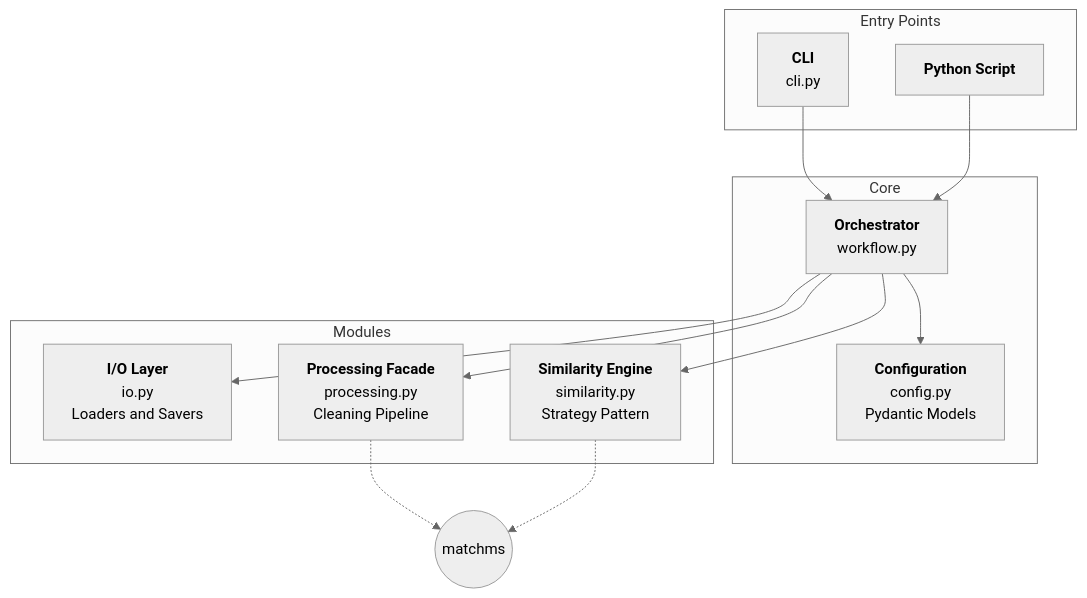
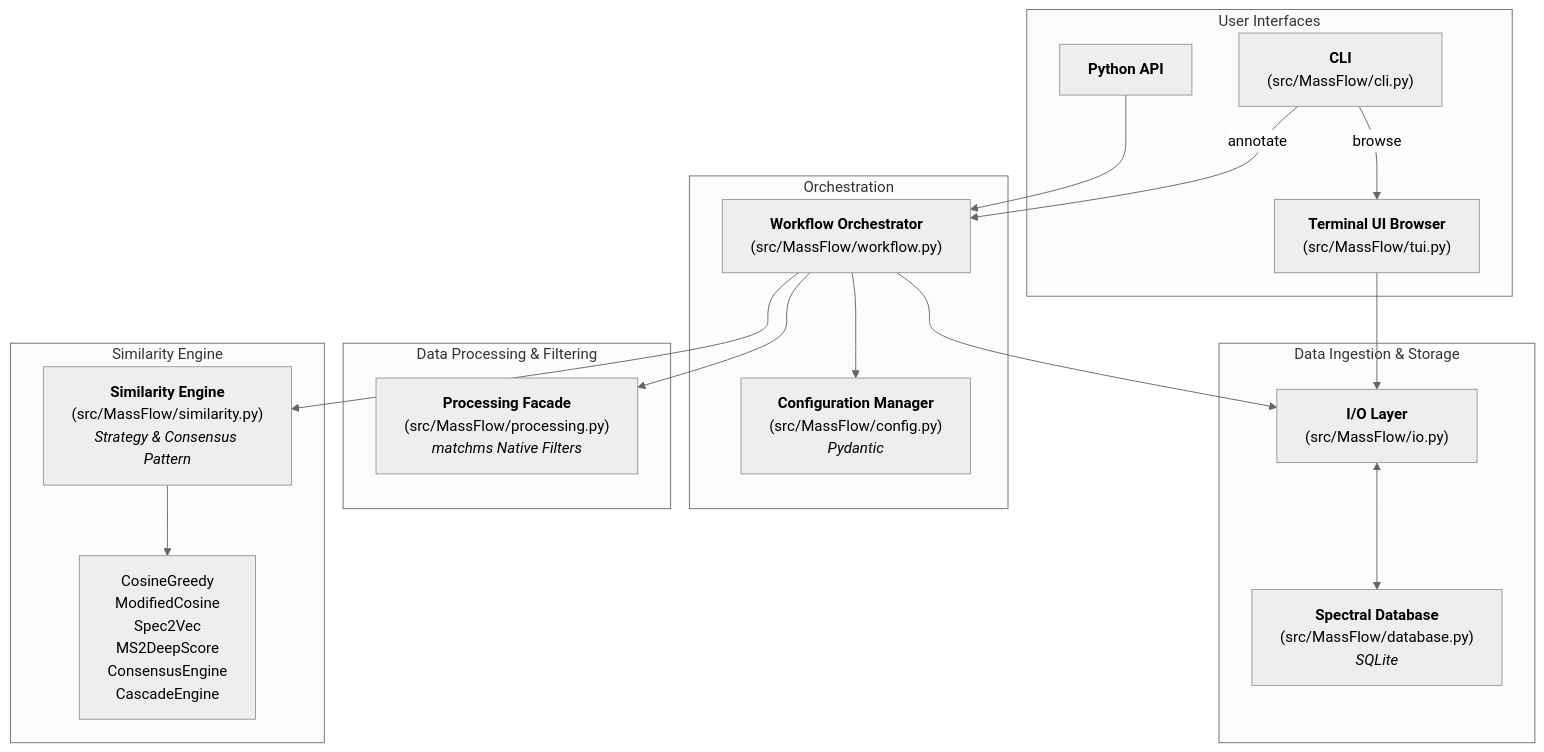
The diagram in diagrams/massflow_diagram.mmd (janusson/MassFlow), drawn with Mermaid (neutral theme) before and after one commit. The commit also changed 14 other files, not shown here.

Commit message:
Remove old debugging tools, diagrams, documentation. Testing suite update.

```diff
--- a/diagrams/massflow_diagram.mmd
+++ b/diagrams/massflow_diagram.mmd
@@ -1,29 +1,40 @@
 graph TD
-    subgraph Entry Points
-        CLI["<b>CLI</b><br>cli.py"]
-        Script["<b>Python Script</b>"]
+    subgraph User Interfaces
+        CLI["<b>CLI</b><br>(src/MassFlow/cli.py)"]
+        API["<b>Python API</b>"]
+        TUI["<b>Terminal UI Browser</b><br>(src/MassFlow/tui.py)"]
     end
 
-    subgraph Core
-        Config["<b>Configuration</b><br>config.py<br>Pydantic Models"]
-        Workflow["<b>Orchestrator</b><br>workflow.py"]
+    subgraph Orchestration
+        Workflow["<b>Workflow Orchestrator</b><br>(src/MassFlow/workflow.py)"]
+        Config["<b>Configuration Manager</b><br>(src/MassFlow/config.py)<br><i>Pydantic</i>"]
     end
 
-    subgraph Modules
-        IO["<b>I/O Layer</b><br>io.py<br>Loaders and Savers"]
-        Process["<b>Processing Facade</b><br>processing.py<br>Cleaning Pipeline"]
-        Sim["<b>Similarity Engine</b><br>similarity.py<br>Strategy Pattern"]
+    subgraph Data Ingestion & Storage
+        IO["<b>I/O Layer</b><br>(src/MassFlow/io.py)"]
+        DB["<b>Spectral Database</b><br>(src/MassFlow/database.py)<br><i>SQLite</i>"]
+    end
+
+    subgraph Data Processing & Filtering
+        Process["<b>Processing Facade</b><br>(src/MassFlow/processing.py)<br><i>matchms Native Filters</i>"]
+    end
+
+    subgraph Similarity Engine
+        Sim["<b>Similarity Engine</b><br>(src/MassFlow/similarity.py)<br><i>Strategy & Consensus Pattern</i>"]
+        Algorithms["CosineGreedy<br>ModifiedCosine<br>Spec2Vec<br>MS2DeepScore<br>ConsensusEngine<br>CascadeEngine"]
     end
 
     %% Flow Connections
-    CLI --> Workflow
-    Script --> Workflow
-    
+    CLI -->|annotate| Workflow
+    CLI -->|browse| TUI
+    API --> Workflow
+
     Workflow --> Config
     Workflow --> IO
     Workflow --> Process
     Workflow --> Sim
 
-    %% Data Dependencies
-    Process -.-> External((matchms))
-    Sim -.-> External
+    TUI --> IO
+
+    IO <--> DB
+    Sim --> Algorithms
```
